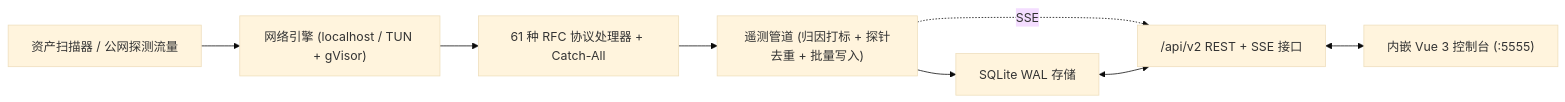
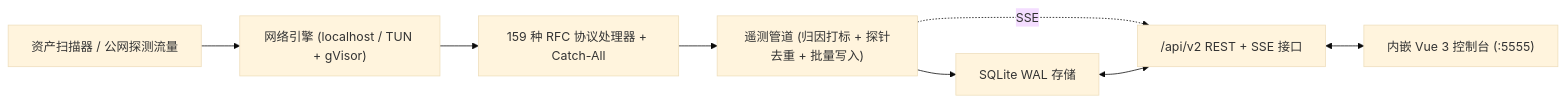
The diagram in README.zh-CN.md (dx86683-lab/protosim), drawn with Mermaid (base theme) before and after one commit. The commit also changed other lines of this file and 9 other files, not shown here.

````diff
--- a/README.zh-CN.md
+++ b/README.zh-CN.md
@@ -27,9 +27,9 @@
 ```mermaid
 flowchart LR
     Scanners["资产扫描器 / 公网探测流量"] --> Net["网络引擎 (localhost / TUN + gVisor)"]
-    Net --> Proto["61 种 RFC 协议处理器 + Catch-All"]
+    Net --> Proto["159 种 RFC 协议处理器 + Catch-All"]
     Proto --> Bus["遥测管道 (归因打标 + 探针去重 + 批量写入)"]
     Bus --> DB["SQLite WAL 存储"]
     Bus -.SSE.-> API["/api/v2 REST + SSE 接口"]
     DB <--> API <--> UI["内嵌 Vue 3 控制台 (:5555)"]
 ```
````
